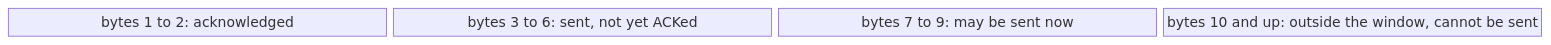
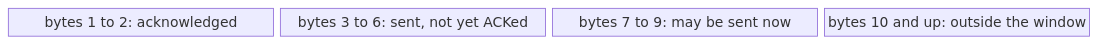
The ninth of 34 diagrams in EDA387-Computer-Networks/04-TCP.md (FahimMashroor/Chalmers_CSC), drawn with Mermaid before and after one commit. The commit also changed other lines of this file, not shown here.

Commit message:
Rewrite 04 TCP in simple language with examples and diagrams

````diff
--- a/EDA387-Computer-Networks/04-TCP.md
+++ b/EDA387-Computer-Networks/04-TCP.md
@@ -290,5 +388,5 @@
 ```mermaid
 block-beta
   columns 4
-  a["bytes 1 to 2: acknowledged"] b["bytes 3 to 6: sent, not yet ACKed"] c["bytes 7 to 9: may be sent now"] d["bytes 10 and up: outside the window, cannot be sent"]
+  a["bytes 1 to 2: acknowledged"] b["bytes 3 to 6: sent, not yet ACKed"] c["bytes 7 to 9: may be sent now"] d["bytes 10 and up: outside the window"]
 ```
````
